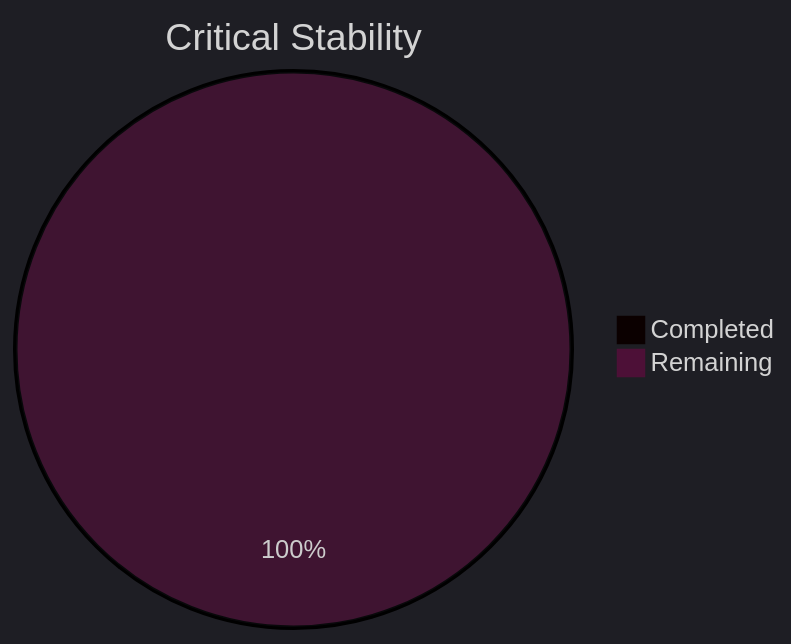
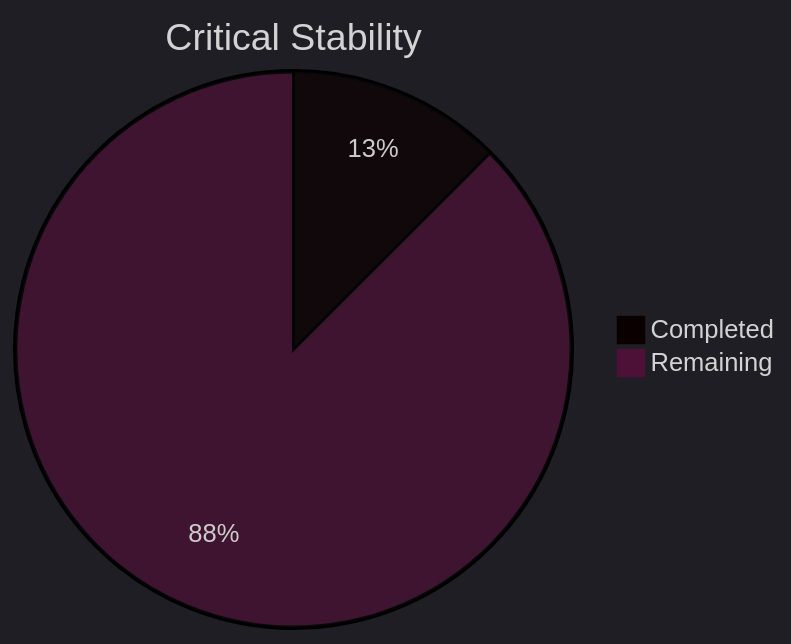
The second of 5 diagrams in tools/SK8Lytz_Bucket_List.md (Neogleamz/SK8Lytz), drawn with Mermaid before and after one commit. The commit also changed other lines of this file, not shown here.

Commit message:
chore: update bucket list status

````diff
--- a/tools/SK8Lytz_Bucket_List.md
+++ b/tools/SK8Lytz_Bucket_List.md
@@ -20,6 +20,6 @@
 ```mermaid
 %%{init: {'theme': 'dark'}}%%
 pie title Critical Stability
-  "Completed" : 0
-  "Remaining" : 8
+  "Completed" : 1
+  "Remaining" : 7
 ```
````
